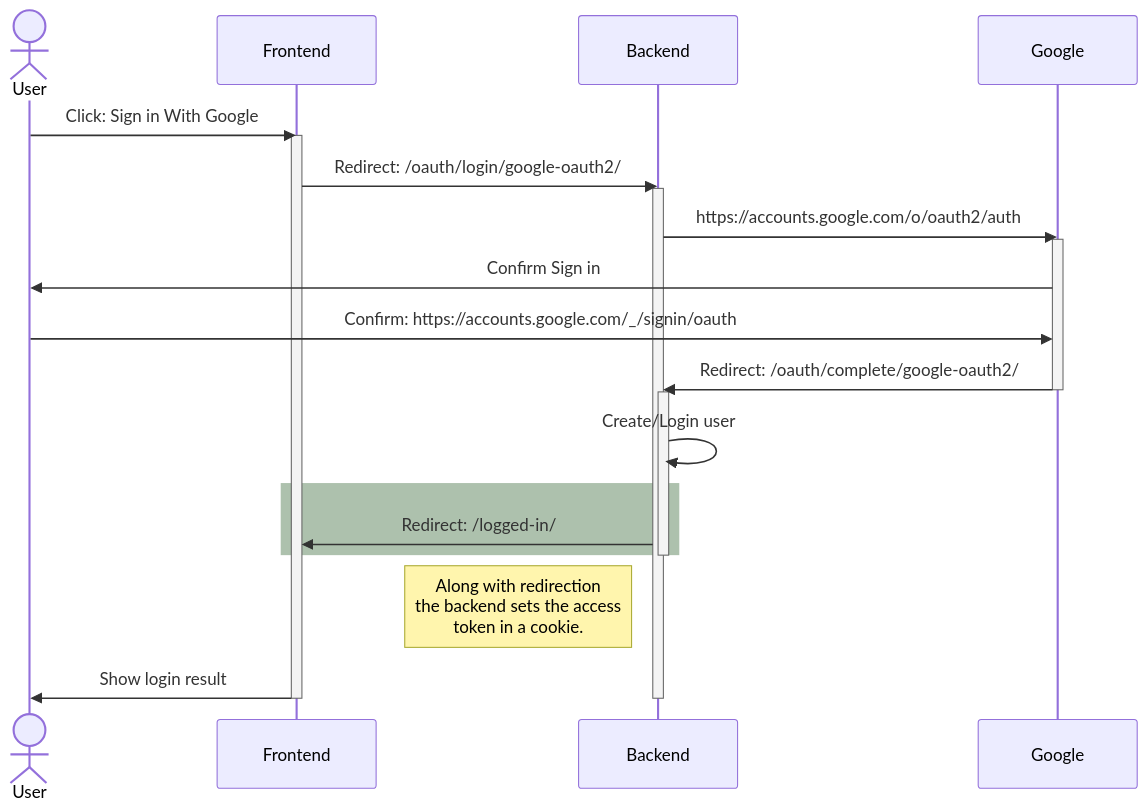
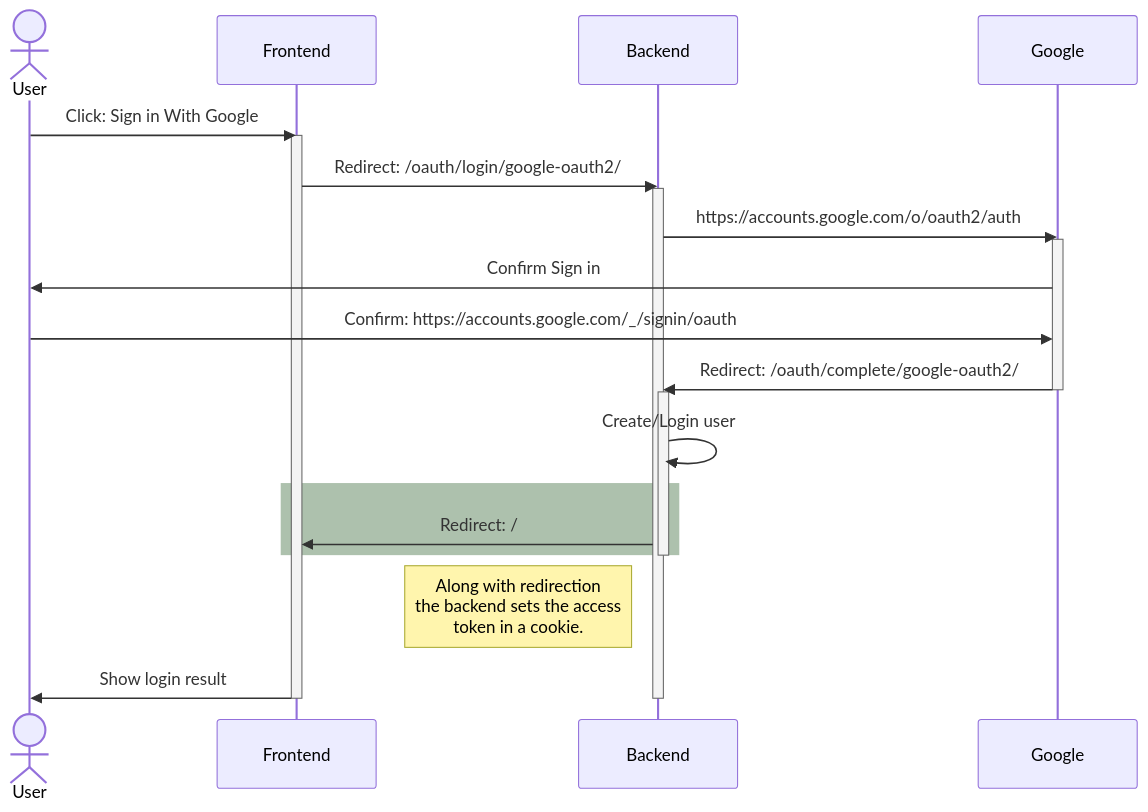
Before and after one commit to 4Rooms/backend: the diagram in doc/Login.md, drawn with Mermaid. The commit also changed other lines of this file and 2 other files, not shown here.

Commit message:
Redirect to `/` after successful google login

````diff
--- a/doc/Login.md
+++ b/doc/Login.md
@@ -137,35 +137,35 @@
 ```mermaid
 sequenceDiagram
     actor User
     participant Frontend
     participant Backend
     participant Google
 
     User ->> Frontend: Click: Sign in With Google
     activate Frontend
     
     Frontend ->> Backend: Redirect: /oauth/login/google-oauth2/
     activate Backend
 
     Backend ->> Google: https://accounts.google.com/o/oauth2/auth
     activate Google
 
     Google ->> User: Confirm Sign in
     User ->> Google: Confirm: https://accounts.google.com/_/signin/oauth
     Google ->> Backend: Redirect: /oauth/complete/google-oauth2/
     deactivate Google
 
     activate Backend
     Backend ->> Backend: Create/Login user
 
     rect rgba(50, 100, 50, .4)
-        Backend ->> Frontend: Redirect: /logged-in/
+        Backend ->> Frontend: Redirect: /
     end
     deactivate Backend
 
     Note left of Backend: Along with redirection<br />the backend sets the access<br />token in a cookie.
 
     Frontend ->> User: Show login result
     deactivate Backend
     deactivate Frontend
 ```
````
